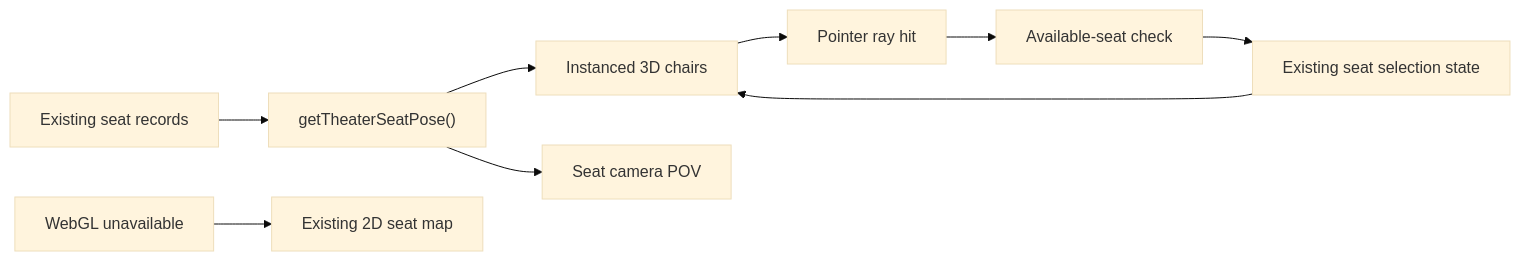
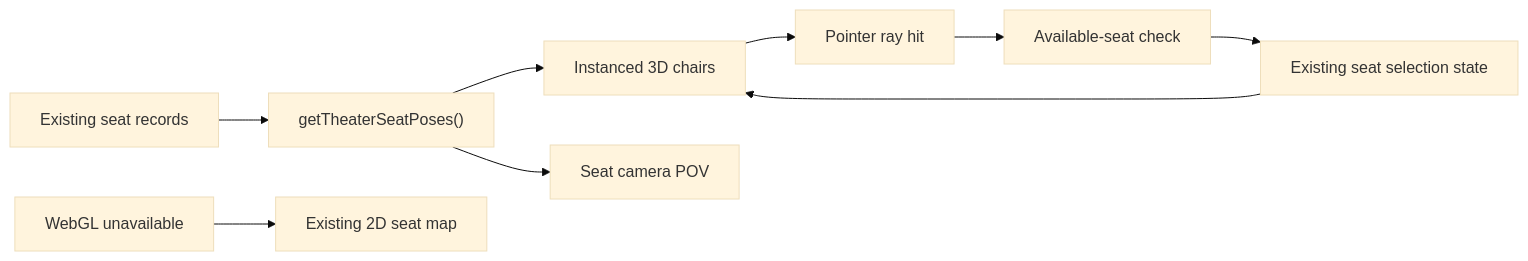
One commit to Gautam215/Music-and-Movies-show changed the first of 9 diagrams in README.md. Above: the diagram before and after it, drawn with Mermaid (base theme). The commit also changed other lines of this file and 11 other files, not shown here.

````diff
--- a/README.md
+++ b/README.md
@@ -55,11 +57,11 @@
 ```mermaid
 flowchart LR
-    records["Existing seat records"] --> pose["getTheaterSeatPose()"]
+    records["Existing seat records"] --> pose["getTheaterSeatPoses()"]
     pose --> seats["Instanced 3D chairs"]
     pose --> camera["Seat camera POV"]
     seats --> hit["Pointer ray hit"]
     hit --> guard["Available-seat check"]
     guard --> state["Existing seat selection state"]
     state --> seats
     webgl["WebGL unavailable"] --> fallback["Existing 2D seat map"]
 ```
````
